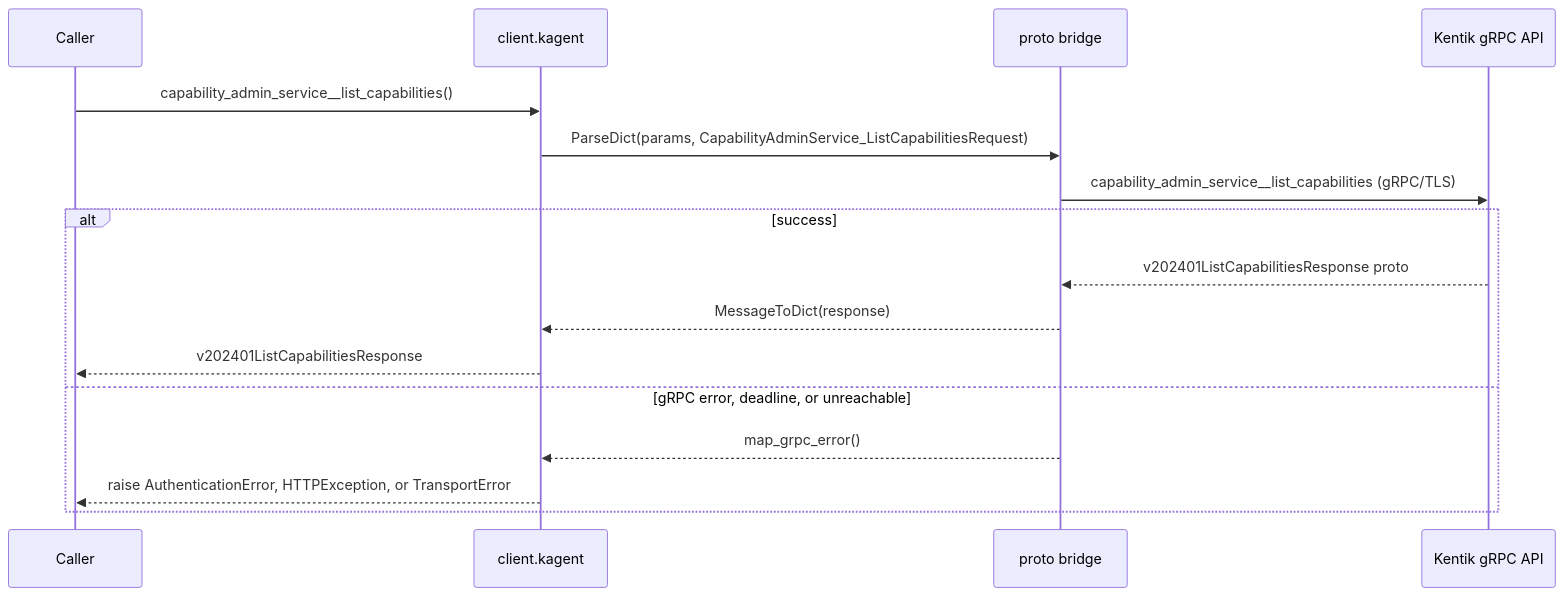
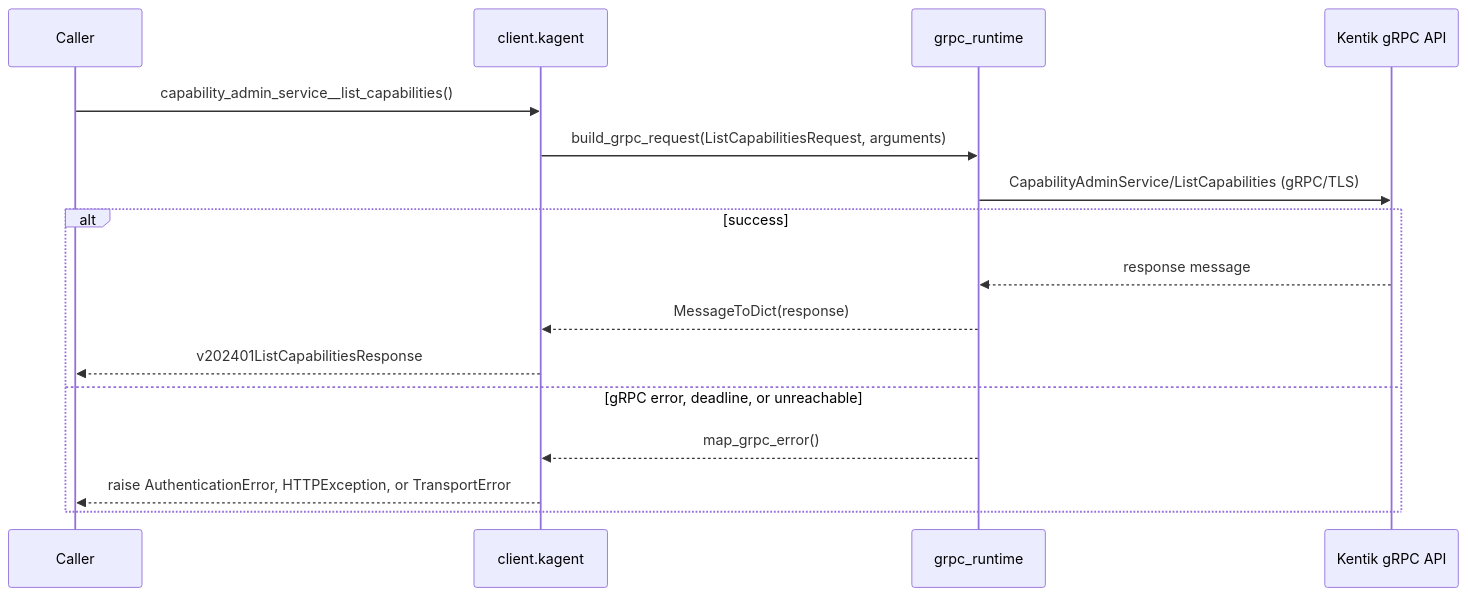
One commit to alexdearaujo/community_sdk_python changed diagram 25 of 58 in docs/sphinx/services/kagent.md. Above: the diagram before and after it, drawn with Mermaid. The commit also changed other lines of this file and 37 other files, not shown here.

First line of the commit message:
docs: show the real RPC in each service page's gRPC diagram

````diff
--- a/docs/sphinx/services/kagent.md
+++ b/docs/sphinx/services/kagent.md
@@ -910,19 +910,19 @@
 ```mermaid
 sequenceDiagram
     participant C as Caller
     participant W as client.kagent
-    participant B as proto bridge
+    participant R as grpc_runtime
     participant API as Kentik gRPC API
 
     C->>W: capability_admin_service__list_capabilities()
-    W->>B: ParseDict(params, CapabilityAdminService_ListCapabilitiesRequest)
-    B->>API: capability_admin_service__list_capabilities (gRPC/TLS)
+    W->>R: build_grpc_request(ListCapabilitiesRequest, arguments)
+    R->>API: CapabilityAdminService/ListCapabilities (gRPC/TLS)
     alt success
-        API-->>B: v202401ListCapabilitiesResponse proto
-        B-->>W: MessageToDict(response)
+        API-->>R: response message
+        R-->>W: MessageToDict(response)
         W-->>C: v202401ListCapabilitiesResponse
     else gRPC error, deadline, or unreachable
-        B-->>W: map_grpc_error()
+        R-->>W: map_grpc_error()
         W-->>C: raise AuthenticationError, HTTPException, or TransportError
     end
 ```
````
